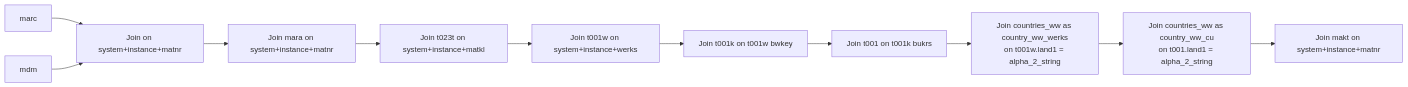
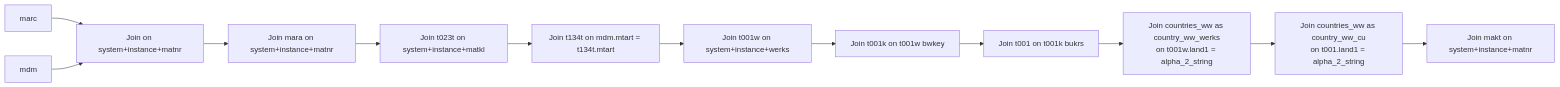
One commit to ChrisMuki/ct-dp-lakehouse-dbxjob changed the second of 2 diagrams in lakehouse/docs/dm_md/fin_hawk/MDP_WORKFLOW.md. Above: the diagram before and after it, drawn with Mermaid. The commit also changed other lines of this file and 8 other files, not shown here.

First line of the commit message:
DHAFND-1000:Added the new table for all the systems and join with MO, MDP and MDM table. (#37)

````diff
--- a/lakehouse/docs/dm_md/fin_hawk/MDP_WORKFLOW.md
+++ b/lakehouse/docs/dm_md/fin_hawk/MDP_WORKFLOW.md
@@ -61,13 +62,14 @@
 ```mermaid
 flowchart LR
     marc --> J1
     mdm --> J1[Join on system+instance+matnr]
     J1 --> J2[Join mara on system+instance+matnr]
     J2 --> J3[Join t023t on system+instance+matkl]
-    J3 --> J4[Join t001w on system+instance+werks]
+    J3 --> J3b[Join t134t on mdm.mtart = t134t.mtart]
+    J3b --> J4[Join t001w on system+instance+werks]
     J4 --> J5[Join t001k on t001w bwkey]
     J5 --> J6[Join t001 on t001k bukrs]
     J6 --> J7[Join countries_ww as country_ww_werks<br/>on t001w.land1 = alpha_2_string]
     J7 --> J8[Join countries_ww as country_ww_cu<br/>on t001.land1 = alpha_2_string]
     J8 --> J9[Join makt on system+instance+matnr]
 ```
````
